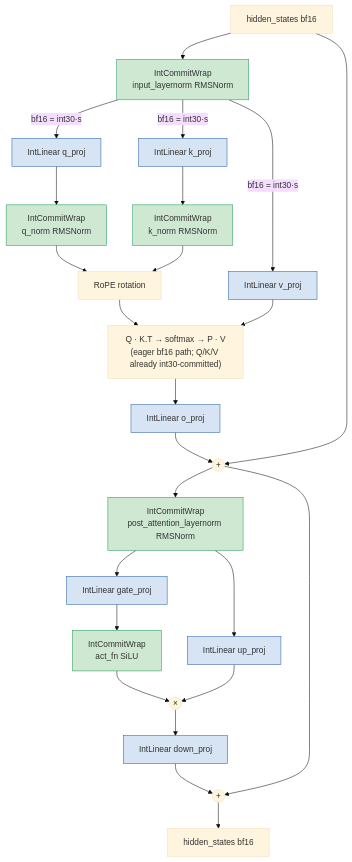
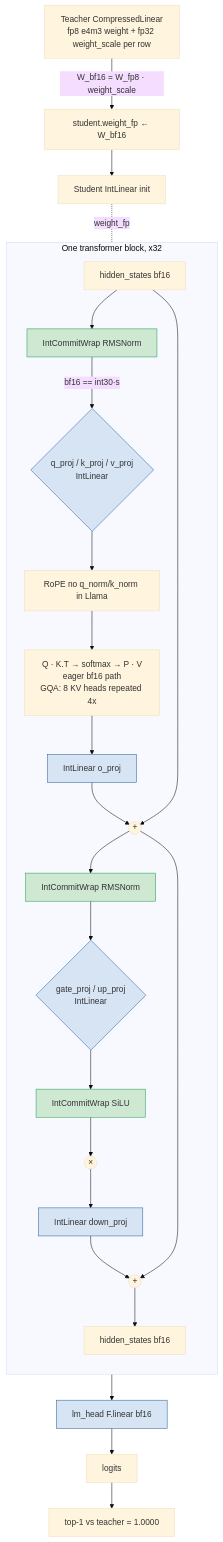
The third of 5 diagrams in experiments/int-emulates-fp/reports/pipeline.md (derpyplops/difr-expt), drawn with Mermaid (base theme) before and after one commit. The commit also changed other lines of this file, not shown here.

Commit message:
int-emulates-fp: rewrite pipeline diagrams — per-model, drop training

````diff
--- a/experiments/int-emulates-fp/reports/pipeline.md
+++ b/experiments/int-emulates-fp/reports/pipeline.md
@@ -31,39 +81,35 @@
 ```mermaid
 flowchart TB
-  X0[hidden_states bf16] --> N1[IntCommitWrap<br/>input_layernorm RMSNorm]
-  N1 -- bf16 = int30·s --> Q[IntLinear q_proj]
-  N1 -- bf16 = int30·s --> K[IntLinear k_proj]
-  N1 -- bf16 = int30·s --> V[IntLinear v_proj]
-  Q --> QN[IntCommitWrap<br/>q_norm RMSNorm]
-  K --> KN[IntCommitWrap<br/>k_norm RMSNorm]
-  QN --> RoPE[RoPE rotation]
-  KN --> RoPE
-  RoPE --> SDPA["Q · K.T → softmax → P · V<br/>(eager bf16 path; Q/K/V already int30-committed)"]
-  V --> SDPA
-  SDPA --> O[IntLinear o_proj]
-  O --> R1((+))
-  X0 --> R1
-  R1 --> N2[IntCommitWrap<br/>post_attention_layernorm RMSNorm]
-  N2 --> G[IntLinear gate_proj]
-  N2 --> U[IntLinear up_proj]
-  G --> SI[IntCommitWrap<br/>act_fn SiLU]
-  SI --> MUL((×))
-  U --> MUL
-  MUL --> D[IntLinear down_proj]
-  D --> R2((+))
-  R1 --> R2
-  R2 --> Y[hidden_states bf16]
+  T0[Teacher CompressedLinear<br/>fp8 e4m3 weight + fp32 weight_scale per row]
+  T0 -->|"W_bf16 = W_fp8 · weight_scale"| INIT[student.weight_fp ← W_bf16]
+  INIT --> S0[Student IntLinear init]
 
-  style N1 fill:#cfe8d2,stroke:#1f9b54
-  style N2 fill:#cfe8d2,stroke:#1f9b54
-  style QN fill:#cfe8d2,stroke:#1f9b54
-  style KN fill:#cfe8d2,stroke:#1f9b54
-  style SI fill:#cfe8d2,stroke:#1f9b54
-  style Q fill:#d6e4f4,stroke:#2a5fa0
-  style K fill:#d6e4f4,stroke:#2a5fa0
-  style V fill:#d6e4f4,stroke:#2a5fa0
-  style O fill:#d6e4f4,stroke:#2a5fa0
-  style G fill:#d6e4f4,stroke:#2a5fa0
-  style U fill:#d6e4f4,stroke:#2a5fa0
-  style D fill:#d6e4f4,stroke:#2a5fa0
+  subgraph BLOCK[One transformer block, x32]
+    direction TB
+    X0[hidden_states bf16] --> N1[IntCommitWrap RMSNorm]
+    N1 -- bf16 == int30·s --> QKV{q_proj / k_proj / v_proj<br/>IntLinear}
+    QKV --> RoPE[RoPE no q_norm/k_norm in Llama]
+    RoPE --> SDPA["Q · K.T → softmax → P · V<br/>eager bf16 path<br/>GQA: 8 KV heads repeated 4x"]
+    SDPA --> O[IntLinear o_proj]
+    O --> R1((+))
+    X0 --> R1
+    R1 --> N2[IntCommitWrap RMSNorm]
+    N2 --> GU{gate_proj / up_proj<br/>IntLinear}
+    GU --> SI[IntCommitWrap SiLU]
+    SI --> MUL((×))
+    MUL --> D[IntLinear down_proj]
+    D --> R2((+))
+    R1 --> R2
+    R2 --> Y[hidden_states bf16]
+  end
+
+  S0 -.weight_fp.- BLOCK
+
+  Y --> LMH[lm_head F.linear bf16] --> LOG[logits]
+  LOG --> CMP[top-1 vs teacher = 1.0000]
+
+  classDef commit fill:#cfe8d2,stroke:#1f9b54
+  classDef matmul fill:#d6e4f4,stroke:#2a5fa0
+  class N1,N2,SI commit
+  class QKV,O,GU,D,LMH matmul
 ```
````
